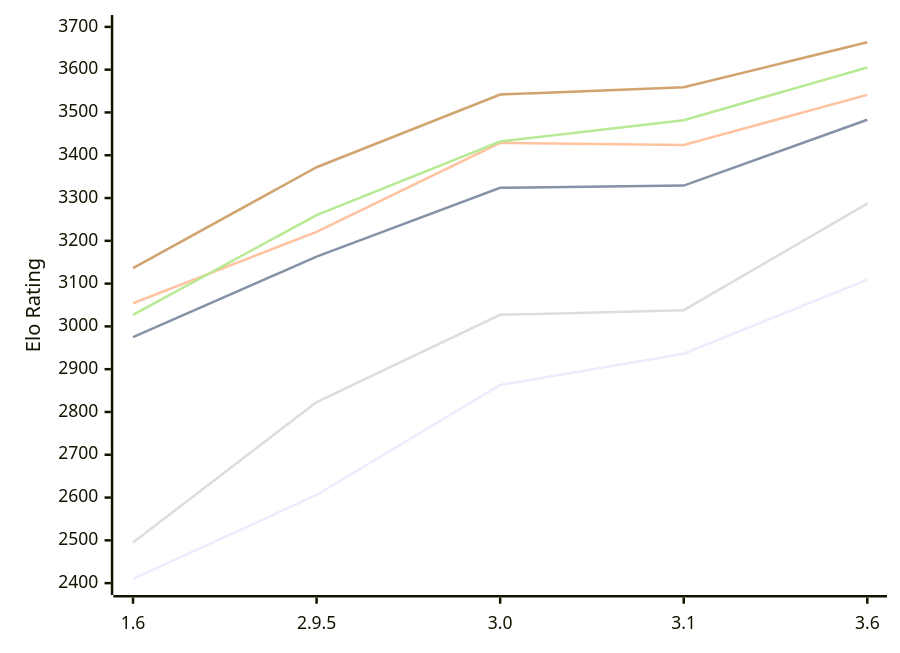
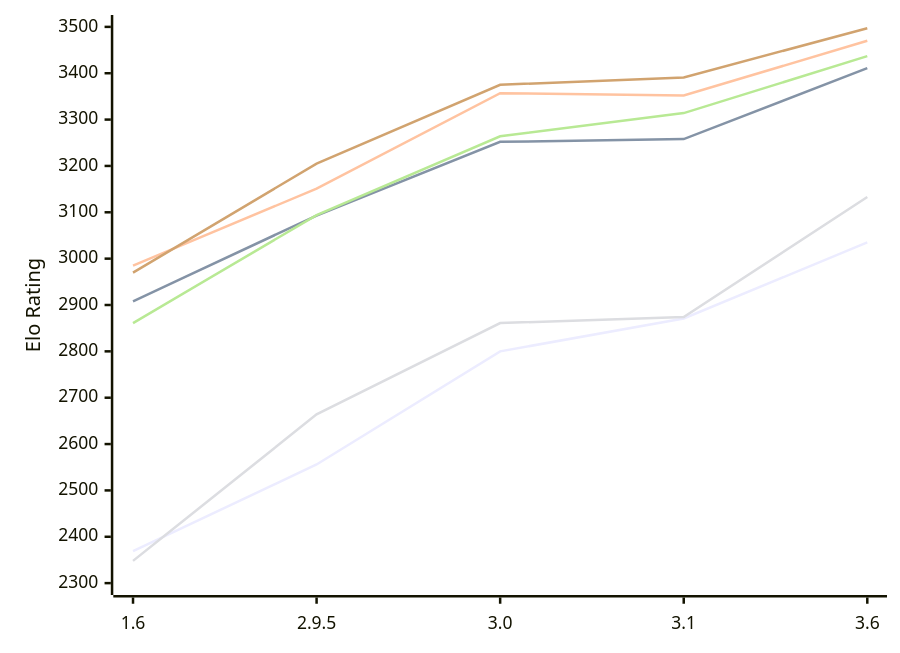
One commit to computer-chess-index/cci changed the diagram in engines/Chessenger.md. Above: the diagram before and after it, drawn with Mermaid. The commit also changed other lines of this file, not shown here.

Commit message:
Update CCI Ratings (ELO VLTC) - 2026-11-13

````diff
--- a/engines/Chessenger.md
+++ b/engines/Chessenger.md
@@ -55,12 +55,12 @@
 ```mermaid
 %%{init: {"theme":"base","themeVariables":{"seriesColors:['#a3a3a3','#222221','#faa371']}}}%%
 xychart-beta
   x-axis ["1.6", "2.9.5", "3.0", "3.1", "3.6"]
-  y-axis "Elo Rating" 2400 --> 3700
-  line "E1: STC (8.0+0.08s)" [2410, 2606, 2863, 2936, 3109]
-  line "E1: LTC (60.0+0.60s)" [2975, 3163, 3324, 3329, 3483]
-  line "E1: VLTC (2m24s+1.12s)" [3054, 3221, 3429, 3424, 3541]
-  line "P1: STC (8.0+0.08s)" [2495, 2823, 3027, 3038, 3287]
-  line "P1: LTC (60.0+0.60s)" [3027, 3260, 3432, 3482, 3605]
-  line "P1: VLTC (2m24s+1.12s)" [3136, 3372, 3542, 3559, 3664]
+  y-axis "Elo Rating" 2300 --> 3500
+  line "E1: STC (8.0+0.08s)" [2369, 2556, 2800, 2871, 3035]
+  line "E1: LTC (60.0+0.60s)" [2908, 3093, 3252, 3258, 3411]
+  line "E1: VLTC (2m24s+1.12s)" [2985, 3151, 3357, 3352, 3470]
+  line "P1: STC (8.0+0.08s)" [2348, 2664, 2861, 2874, 3133]
+  line "P1: LTC (60.0+0.60s)" [2861, 3094, 3264, 3314, 3437]
+  line "P1: VLTC (2m24s+1.12s)" [2970, 3205, 3375, 3391, 3497]
 ```
````
